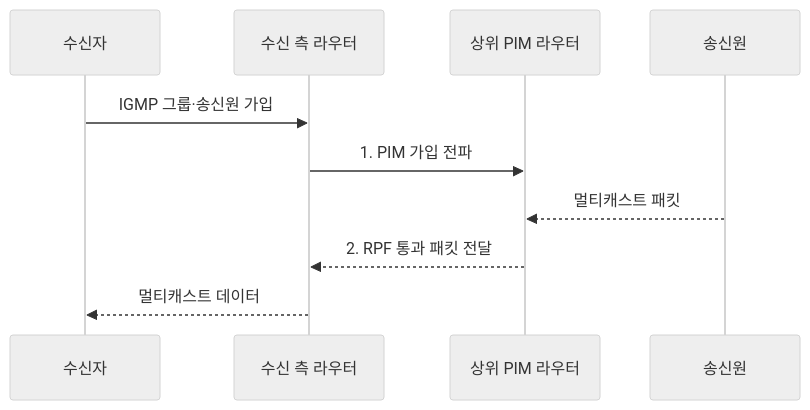
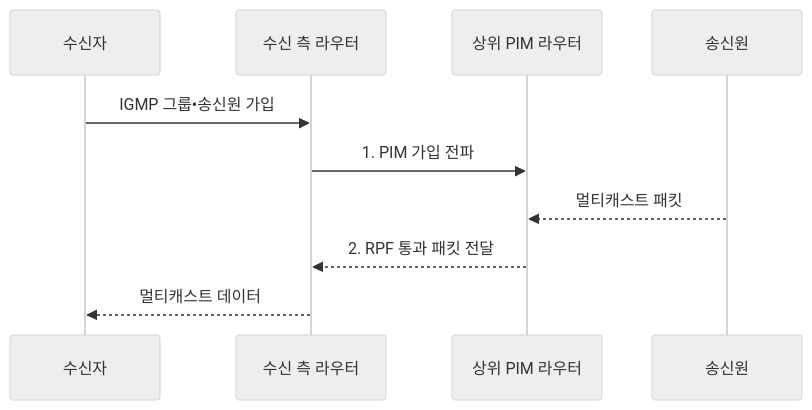
One commit to agnusdei1207/knowledge-base changed the second of 2 diagrams in src/content/docs/notes/04-network/116_multicast_igmp_pim.md. Above: the diagram before and after it, drawn with Mermaid (neutral theme). The commit also changed other lines of this file and 953 other files, not shown here.

````diff
--- a/src/content/docs/notes/04-network/116_multicast_igmp_pim.md
+++ b/src/content/docs/notes/04-network/116_multicast_igmp_pim.md
@@ -99,12 +99,12 @@
 ```mermaid
 sequenceDiagram
   participant H as 수신자
   participant E as 수신 측 라우터
   participant U as 상위 PIM 라우터
   participant S as 송신원
-  H->>E: IGMP 그룹·송신원 가입
+  H->>E: IGMP 그룹•송신원 가입
   E->>U: 1. PIM 가입 전파
   S-->>U: 멀티캐스트 패킷
   U-->>E: 2. RPF 통과 패킷 전달
   E-->>H: 멀티캐스트 데이터
 ```
````
